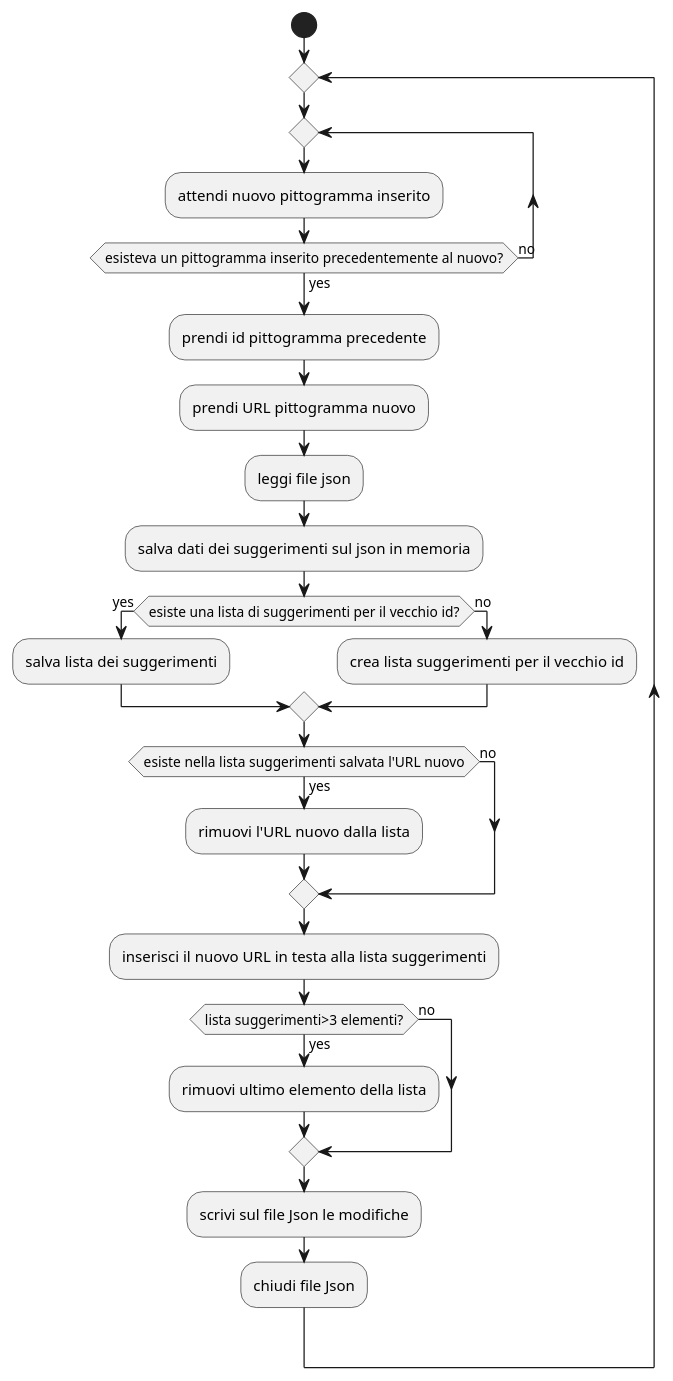
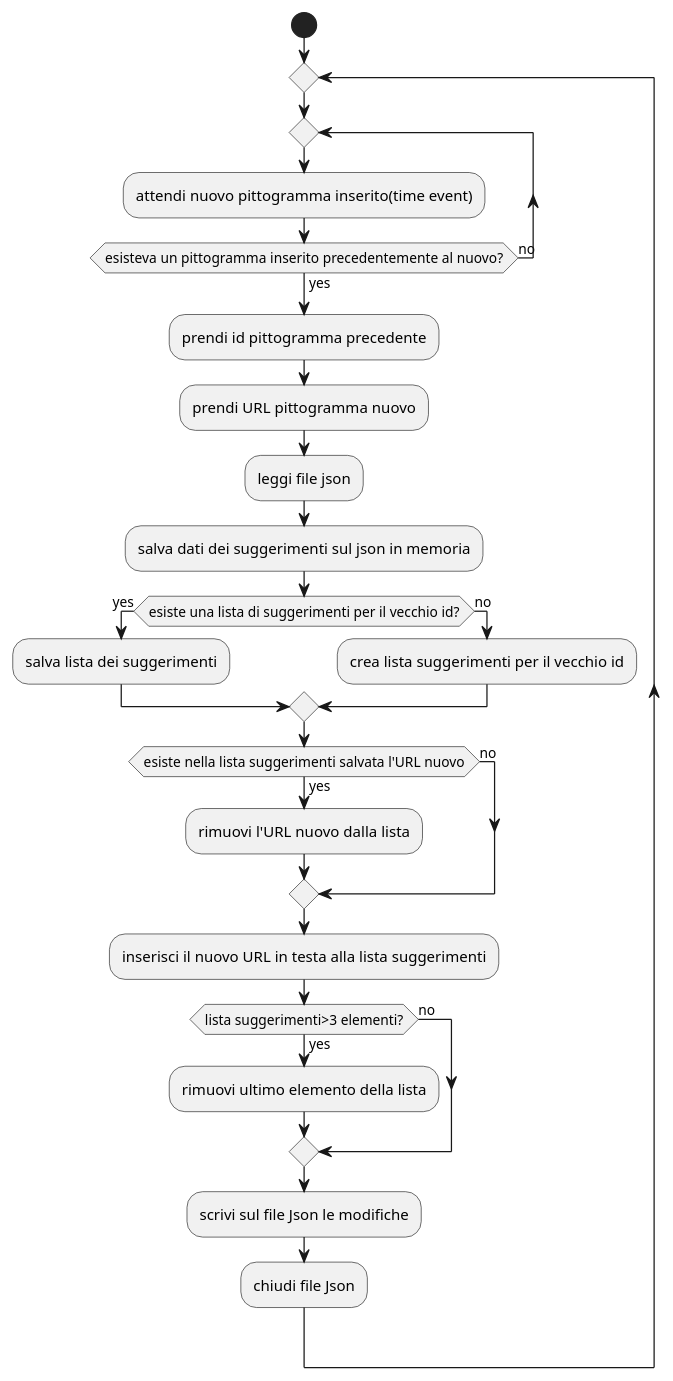
The diagram in CAA-diagrammi/DiagrammiUML/FunzionalitaSuggerimentoPittogrammi/DiagrammaAttivitaGestioneSuggerimentiPittogrammi.puml (lucazucchetti/CAA-ing-software-a.a.-2025-2026), drawn with PlantUML before and after one commit. The commit also changed 9 other files, not shown here.

First line of the commit message:
Diagramma Uml chatpage

```diff
--- a/CAA-diagrammi/DiagrammiUML/FunzionalitaSuggerimentoPittogrammi/DiagrammaAttivitaGestioneSuggerimentiPittogrammi.puml
+++ b/CAA-diagrammi/DiagrammiUML/FunzionalitaSuggerimentoPittogrammi/DiagrammaAttivitaGestioneSuggerimentiPittogrammi.puml
@@ -1,29 +1,29 @@
 @startuml DiagrammaAttivitaGestioneSuggerimentiPittogrammi
 start
 repeat
 repeat
-:attendi nuovo pittogramma inserito; <<timeEvent>>
+:attendi nuovo pittogramma inserito(time event); <<timeEvent>>
 repeat while(esisteva un pittogramma inserito precedentemente al nuovo?) is (no) not (yes)
     :prendi id pittogramma precedente;
     :prendi URL pittogramma nuovo;
     :leggi file json;
     :salva dati dei suggerimenti sul json in memoria;
 if(esiste una lista di suggerimenti per il vecchio id?) then (yes)
     :salva lista dei suggerimenti;
 else(no)
     :crea lista suggerimenti per il vecchio id;
 endif
 if(esiste nella lista suggerimenti salvata l'URL nuovo) then(yes)
     :rimuovi l'URL nuovo dalla lista;
 else (no)
 endif 
 :inserisci il nuovo URL in testa alla lista suggerimenti;
 
 if(lista suggerimenti>3 elementi?) then (yes)
     :rimuovi ultimo elemento della lista;
 else (no)
 endif
 :scrivi sul file Json le modifiche;
 :chiudi file Json;
 
 @enduml
```
